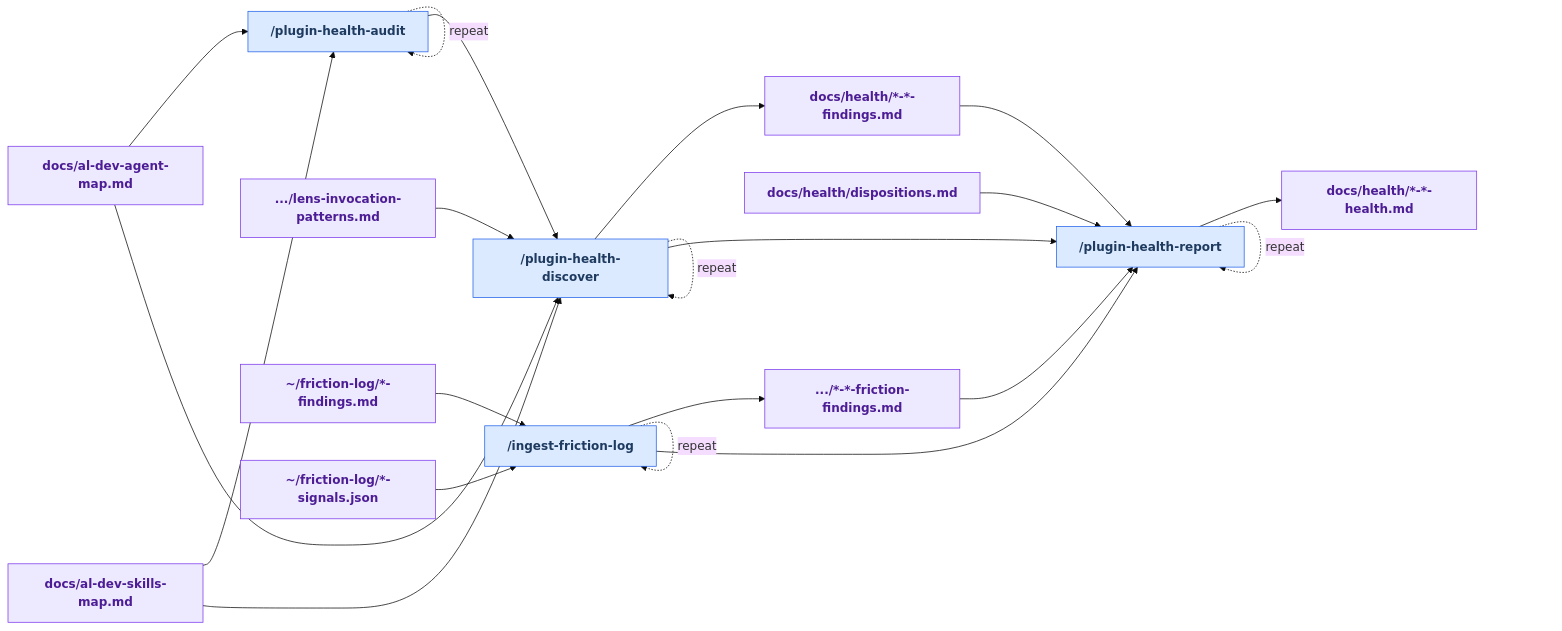
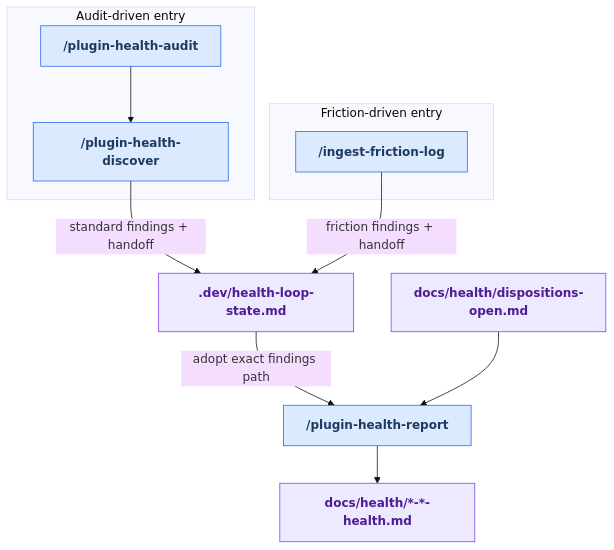
The diagram in docs/maintainer-tooling/discover.md (russell-laing/al-dev-shared), drawn with Mermaid (base theme) before and after one commit. The commit also changed other lines of this file and 7 other files, not shown here.

````diff
--- a/docs/maintainer-tooling/discover.md
+++ b/docs/maintainer-tooling/discover.md
@@ -49,57 +49,32 @@
 ```mermaid
-flowchart LR
+flowchart TD
     classDef userSkill fill:#dbeafe,stroke:#2563eb,color:#1e3a5f,font-weight:bold
-    classDef internalSkill fill:#f3f4f6,stroke:#6b7280,color:#374151,stroke-dasharray:5 5,font-weight:bold
     classDef artifact fill:#ede9fe,stroke:#7c3aed,color:#4c1d95,font-weight:bold
-    classDef orphanArtifact fill:#ede9fe,stroke:#dc2626,color:#4c1d95,stroke-dasharray:4 4,font-weight:bold
-    classDef manualStep fill:#fef3c7,stroke:#d97706,color:#78350f,font-weight:bold
 
-    skill_ingest_friction_log["/ingest-friction-log"]
-    skill_plugin_health_audit["/plugin-health-audit"]
-    skill_plugin_health_discover["/plugin-health-discover"]
+    subgraph lane_a["Audit-driven entry"]
+        skill_plugin_health_audit["/plugin-health-audit"]
+        skill_plugin_health_discover["/plugin-health-discover"]
+    end
+    subgraph lane_b["Friction-driven entry"]
+        skill_ingest_friction_log["/ingest-friction-log"]
+    end
+    art_breadcrumb[".dev/health-loop-state.md"]
+    art_dispositions["docs/health/dispositions-open.md"]
     skill_plugin_health_report["/plugin-health-report"]
-    art_docs_al_dev_agent_map_md["docs/al-dev-agent-map.md"]
-    art_docs_al_dev_skills_map_md["docs/al-dev-skills-map.md"]
-    art_docs_health_____findings_md["docs/health/*-*-findings.md"]
-    art_docs_health_____friction_findings_md[".../*-*-friction-findings.md"]
-    art_docs_health_____health_md["docs/health/*-*-health.md"]
-    art_docs_health_dispositions_md["docs/health/dispositions.md"]
-    art_profile_al_dev_shared_knowledge_lens_invocation_patterns_md[".../lens-invocation-patterns.md"]
-    art___friction_log___findings_md["~/friction-log/*-findings.md"]
-    art___friction_log___signals_json["~/friction-log/*-signals.json"]
+    art_dossier["docs/health/*-*-health.md"]
 
-    art___friction_log___findings_md --> skill_ingest_friction_log
-    art___friction_log___signals_json --> skill_ingest_friction_log
-    skill_ingest_friction_log --> art_docs_health_____friction_findings_md
-    skill_ingest_friction_log --> skill_plugin_health_report
-    skill_ingest_friction_log -. "repeat" .-> skill_ingest_friction_log
-    art_docs_al_dev_agent_map_md --> skill_plugin_health_audit
-    art_docs_al_dev_skills_map_md --> skill_plugin_health_audit
     skill_plugin_health_audit --> skill_plugin_health_discover
-    skill_plugin_health_audit -. "repeat" .-> skill_plugin_health_audit
-    art_docs_al_dev_agent_map_md --> skill_plugin_health_discover
-    art_docs_al_dev_skills_map_md --> skill_plugin_health_discover
-    art_profile_al_dev_shared_knowledge_lens_invocation_patterns_md --> skill_plugin_health_discover
-    skill_plugin_health_discover --> art_docs_health_____findings_md
-    skill_plugin_health_discover --> skill_plugin_health_report
-    skill_plugin_health_discover -. "repeat" .-> skill_plugin_health_discover
-    art_docs_health_____findings_md --> skill_plugin_health_report
-    art_docs_health_____friction_findings_md --> skill_plugin_health_report
-    art_docs_health_dispositions_md --> skill_plugin_health_report
-    skill_plugin_health_report --> art_docs_health_____health_md
-    skill_plugin_health_report -. "repeat" .-> skill_plugin_health_report
+    skill_plugin_health_discover -- "standard findings + handoff" --> art_breadcrumb
+    skill_ingest_friction_log -- "friction findings + handoff" --> art_breadcrumb
+    art_breadcrumb -- "adopt exact findings path" --> skill_plugin_health_report
+    art_dispositions --> skill_plugin_health_report
+    skill_plugin_health_report --> art_dossier
 
-    class skill_ingest_friction_log userSkill
     class skill_plugin_health_audit userSkill
     class skill_plugin_health_discover userSkill
+    class skill_ingest_friction_log userSkill
     class skill_plugin_health_report userSkill
-    class art_docs_al_dev_agent_map_md artifact
-    class art_docs_al_dev_skills_map_md artifact
-    class art_docs_health_____findings_md artifact
-    class art_docs_health_____friction_findings_md artifact
-    class art_docs_health_____health_md artifact
-    class art_docs_health_dispositions_md artifact
-    class art_profile_al_dev_shared_knowledge_lens_invocation_patterns_md artifact
-    class art___friction_log___findings_md artifact
-    class art___friction_log___signals_json artifact
+    class art_breadcrumb artifact
+    class art_dispositions artifact
+    class art_dossier artifact
 ```
````
